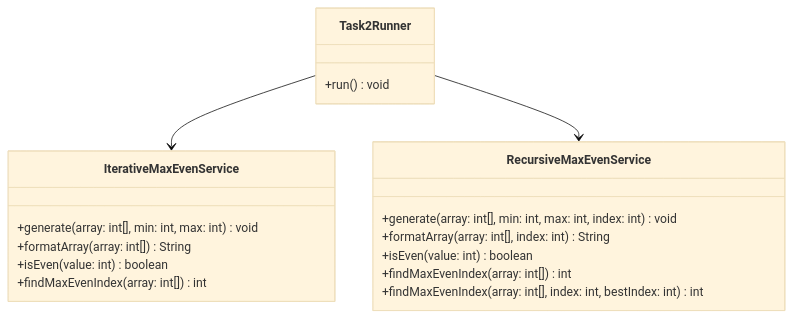
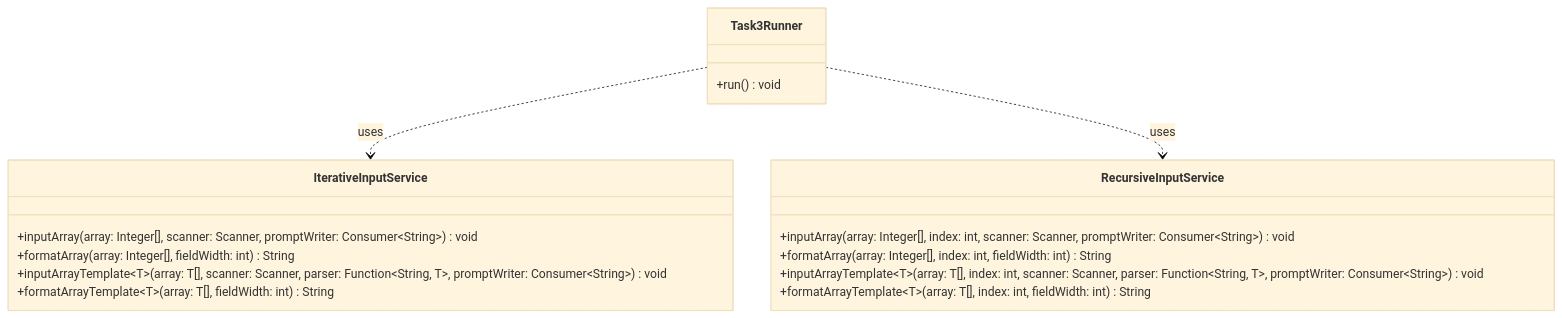
One commit to lviv-polytech/alg-java-labs changed the third of 3 diagrams in lb6/README.md. Above: the diagram before and after it, drawn with Mermaid (base theme). The commit also changed other lines of this file and 3 other files, not shown here.

Commit message:
feat(lab-06): implement task 6.3 array input and format printing via ordinary and template functions

````diff
--- a/lb6/README.md
+++ b/lb6/README.md
@@ -80,24 +101,23 @@
 ```mermaid
 classDiagram
-    class IterativeMaxEvenService {
-        +generate(array: int[], min: int, max: int) void
-        +formatArray(array: int[]) String
-        +isEven(value: int) boolean
-        +findMaxEvenIndex(array: int[]) int
+    class IterativeInputService {
+        +inputArray(array: Integer[], scanner: Scanner, promptWriter: Consumer~String~) void
+        +formatArray(array: Integer[], fieldWidth: int) String
+        +inputArrayTemplate~T~(array: T[], scanner: Scanner, parser: Function~String, T~, promptWriter: Consumer~String~) void
+        +formatArrayTemplate~T~(array: T[], fieldWidth: int) String
     }
 
-    class RecursiveMaxEvenService {
-        +generate(array: int[], min: int, max: int, index: int) void
-        +formatArray(array: int[], index: int) String
-        +isEven(value: int) boolean
-        +findMaxEvenIndex(array: int[]) int
-        +findMaxEvenIndex(array: int[], index: int, bestIndex: int) int
+    class RecursiveInputService {
+        +inputArray(array: Integer[], index: int, scanner: Scanner, promptWriter: Consumer~String~) void
+        +formatArray(array: Integer[], index: int, fieldWidth: int) String
+        +inputArrayTemplate~T~(array: T[], index: int, scanner: Scanner, parser: Function~String, T~, promptWriter: Consumer~String~) void
+        +formatArrayTemplate~T~(array: T[], index: int, fieldWidth: int) String
     }
 
-    class Task2Runner {
+    class Task3Runner {
         +run() void
     }
 
-    Task2Runner --> IterativeMaxEvenService
-    Task2Runner --> RecursiveMaxEvenService
+    Task3Runner ..> IterativeInputService : uses
+    Task3Runner ..> RecursiveInputService : uses
 ```
````
